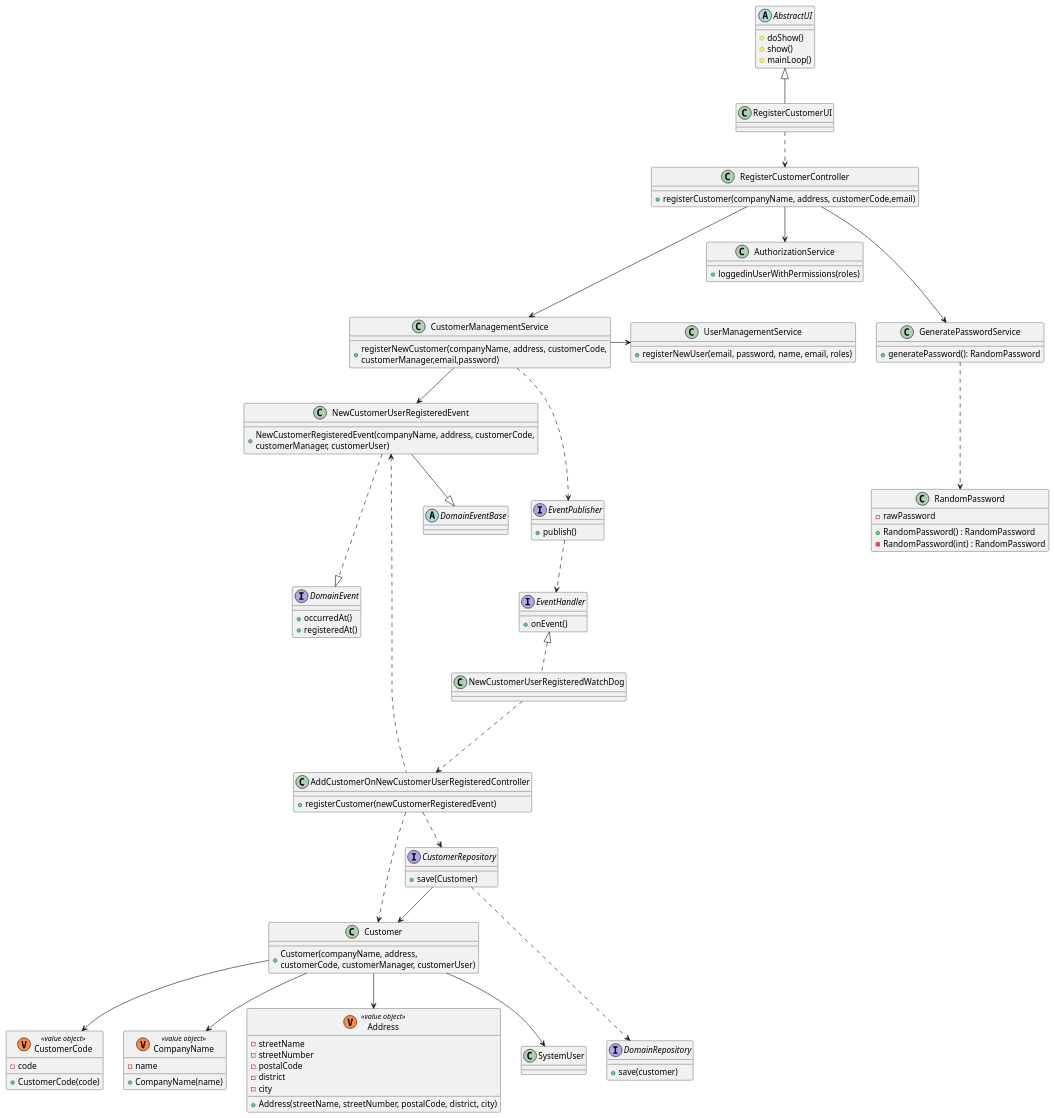
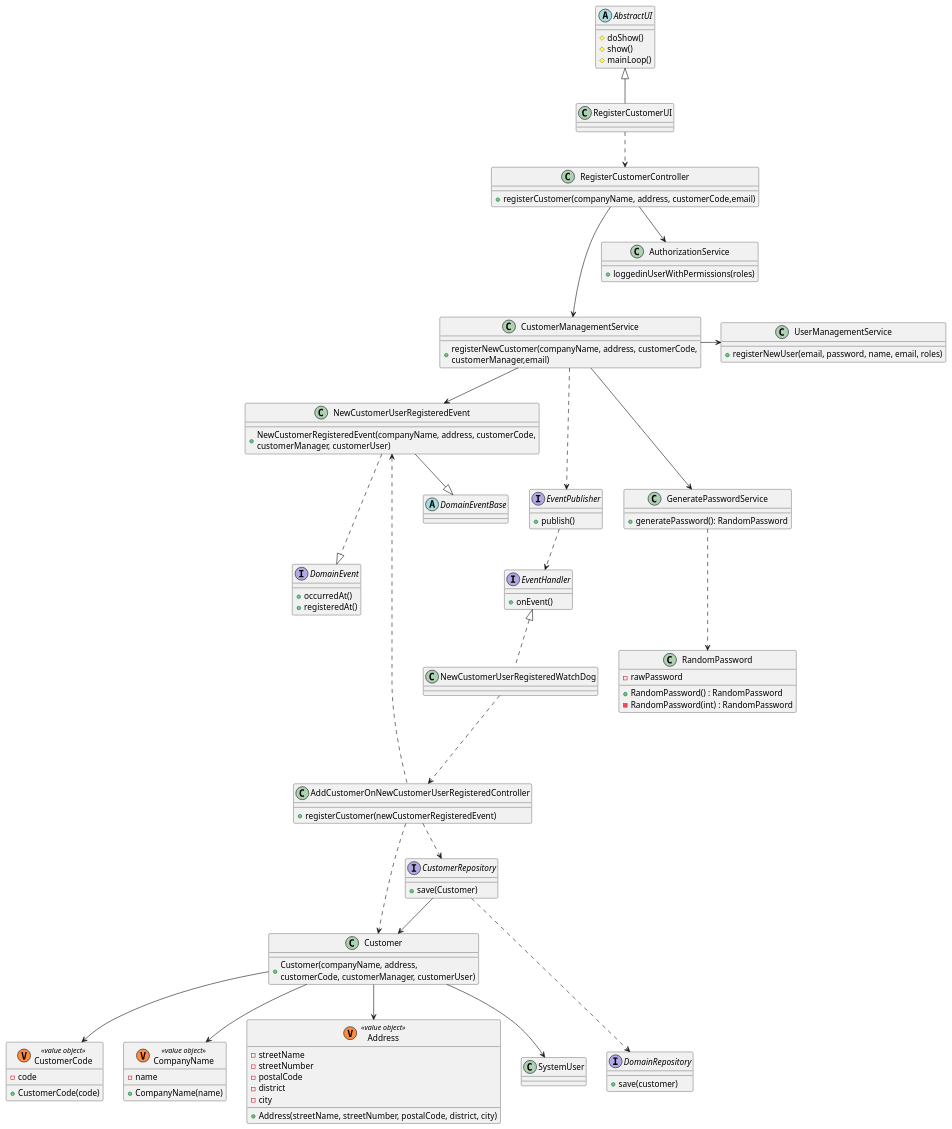
One commit to rita-barbosa/LAPR4-2324 changed the diagram in docs/sb_us_1001/class-diagram.puml. Above: the diagram before and after it, drawn with PlantUML. The commit also changed 4 other files, not shown here.

```diff
--- a/docs/sb_us_1001/class-diagram.puml
+++ b/docs/sb_us_1001/class-diagram.puml
@@ -1,126 +1,126 @@
 @startuml
 
 
 
 abstract class AbstractUI {
     # doShow()
     # show()
     # mainLoop()
 }
 
 class AuthorizationService {
     + loggedinUserWithPermissions(roles)
 }
 
 class UserManagementService {
     + registerNewUser(email, password, name, email, roles)
 }
 class CustomerManagementService {
-    +  registerNewCustomer(companyName, address, customerCode,\ncustomerManager,email,password)
+    +  registerNewCustomer(companyName, address, customerCode,\ncustomerManager,email)
 }
 
 interface EventPublisher{
     + publish()
 }
 interface EventHandler{
     + onEvent()
 }
 interface DomainEvent{
     + occurredAt()
     + registeredAt()
 }
 interface DomainRepository{
 + save(customer)
 }
 
 
 
 class RegisterCustomerUI {
 
 }
 
 class RegisterCustomerController{
 + registerCustomer(companyName, address, customerCode,email)
 }
 class AddCustomerOnNewCustomerUserRegisteredController{
 + registerCustomer(newCustomerRegisteredEvent)
 }
 class GeneratePasswordService {
 + generatePassword(): RandomPassword
 }
 
 class RandomPassword{
 - rawPassword
 + RandomPassword() : RandomPassword
 - RandomPassword(int) : RandomPassword
 }
 
 class Customer{
 + Customer(companyName, address,\ncustomerCode, customerManager, customerUser)
 }
 
 
 interface CustomerRepository {
 + save(Customer)
 }
 class CustomerCode <<(V,#FF8B40) value object>>  {
 - code
 + CustomerCode(code)
 }
 class CompanyName <<(V,#FF8B40) value object>> {
 - name
 + CompanyName(name)
 }
 class Address <<(V,#FF8B40) value object>> {
 - streetName
 - streetNumber
 - postalCode
 - district
 - city
 + Address(streetName, streetNumber, postalCode, district, city)
 }
 class NewCustomerUserRegisteredEvent{
 + NewCustomerRegisteredEvent(companyName, address, customerCode,\ncustomerManager, customerUser)
 }
 abstract class DomainEventBase {
 }
 class NewCustomerUserRegisteredWatchDog{
 }
 
 class SystemUser{
 }
 
 AbstractUI <|-- RegisterCustomerUI
 RegisterCustomerUI .-> RegisterCustomerController
 
 
 NewCustomerUserRegisteredEvent --|> DomainEventBase
 NewCustomerUserRegisteredEvent .--|> DomainEvent
 
 NewCustomerUserRegisteredWatchDog .-up|> EventHandler
 NewCustomerUserRegisteredWatchDog .--> AddCustomerOnNewCustomerUserRegisteredController
 EventPublisher .-> EventHandler
 Customer --> CompanyName
 Customer --> CustomerCode
 Customer --> Address
 Customer --> SystemUser
 CustomerRepository .--> DomainRepository
 CustomerRepository --> Customer
 
 RegisterCustomerController --> AuthorizationService
 CustomerManagementService -> UserManagementService
 RegisterCustomerController ---> CustomerManagementService
-RegisterCustomerController ---> GeneratePasswordService
+CustomerManagementService ---> GeneratePasswordService
 CustomerManagementService --> NewCustomerUserRegisteredEvent
 CustomerManagementService .--> EventPublisher
 
 GeneratePasswordService .--> RandomPassword
 AddCustomerOnNewCustomerUserRegisteredController .-up-> NewCustomerUserRegisteredEvent
 AddCustomerOnNewCustomerUserRegisteredController .-> Customer
 AddCustomerOnNewCustomerUserRegisteredController .-> CustomerRepository
 
 
 
 
 
 @enduml
```
